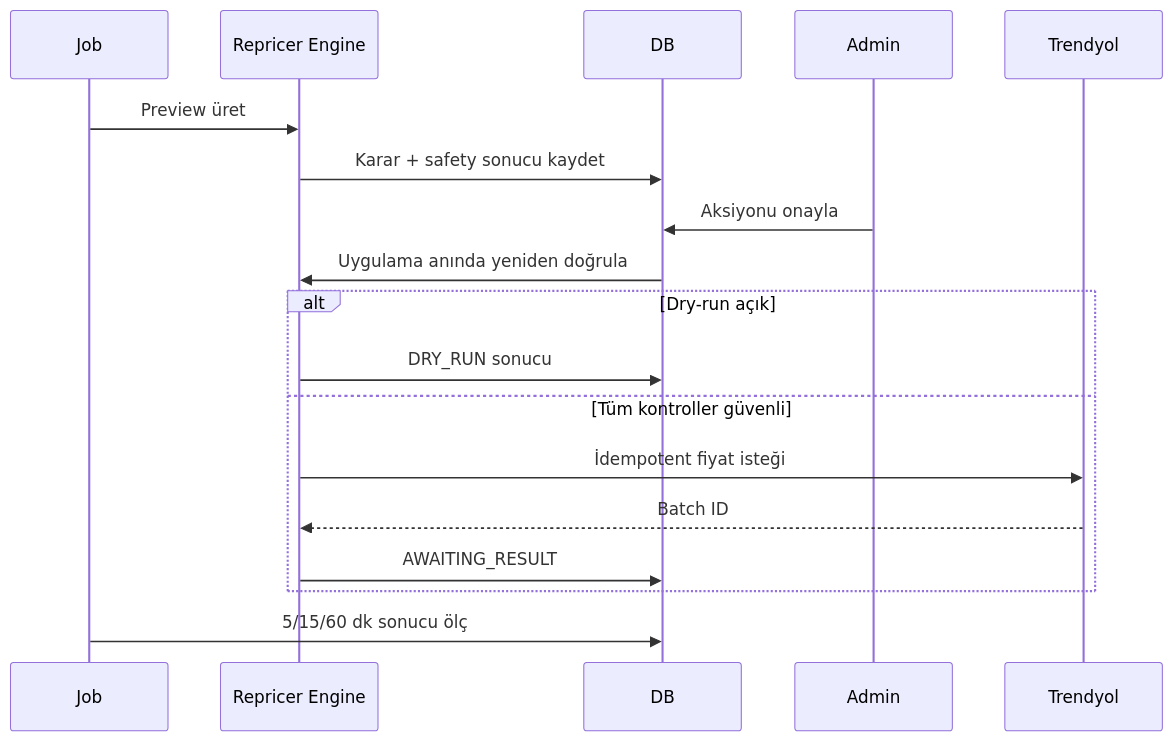
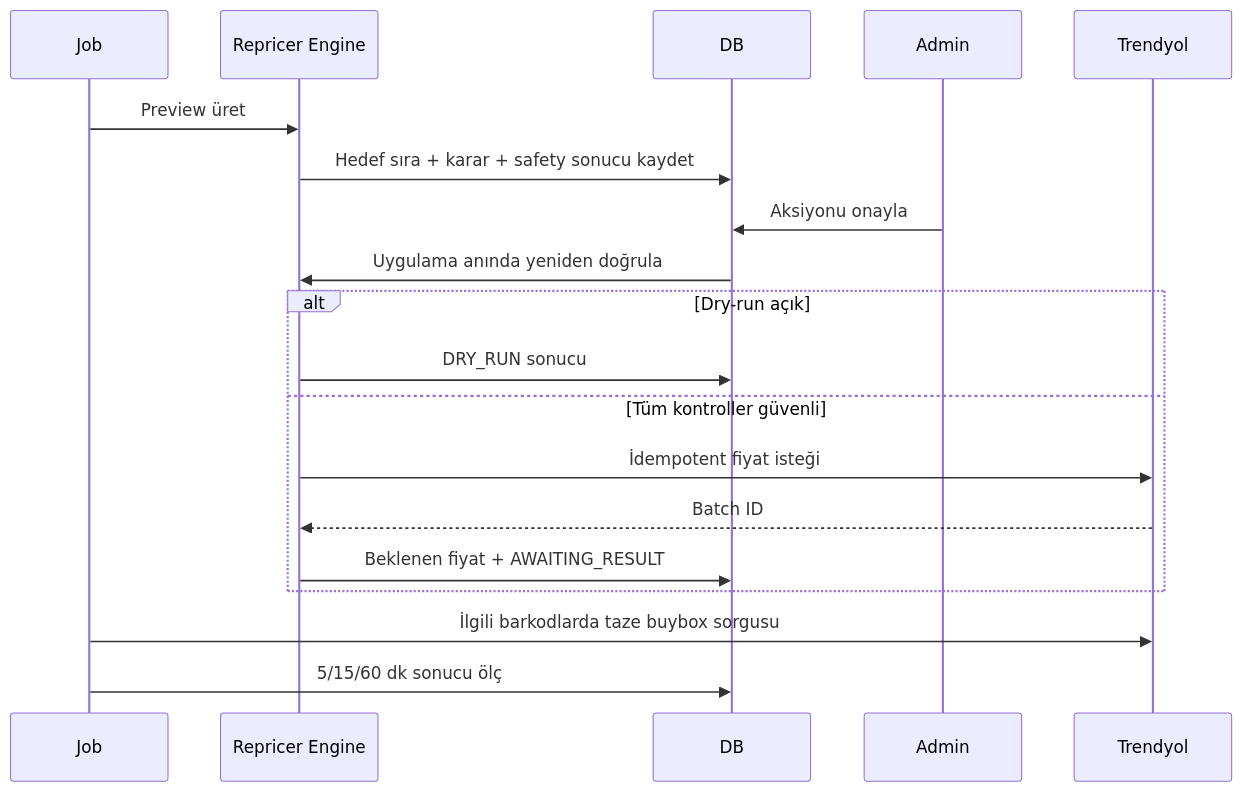
The second of 2 diagrams in ARCHITECTURE.md (aslamacigross/aslamaci-repricer), drawn with Mermaid before and after one commit. The commit also changed other lines of this file and 53 other files, not shown here.

````diff
--- a/ARCHITECTURE.md
+++ b/ARCHITECTURE.md
@@ -35,20 +35,21 @@
 ```mermaid
 sequenceDiagram
   participant Job
   participant Engine as Repricer Engine
   participant DB
   participant Admin
   participant TY as Trendyol
   Job->>Engine: Preview üret
-  Engine->>DB: Karar + safety sonucu kaydet
+  Engine->>DB: Hedef sıra + karar + safety sonucu kaydet
   Admin->>DB: Aksiyonu onayla
   DB->>Engine: Uygulama anında yeniden doğrula
   alt Dry-run açık
     Engine->>DB: DRY_RUN sonucu
   else Tüm kontroller güvenli
     Engine->>TY: İdempotent fiyat isteği
     TY-->>Engine: Batch ID
-    Engine->>DB: AWAITING_RESULT
+    Engine->>DB: Beklenen fiyat + AWAITING_RESULT
   end
+  Job->>TY: İlgili barkodlarda taze buybox sorgusu
   Job->>DB: 5/15/60 dk sonucu ölç
 ```
````
